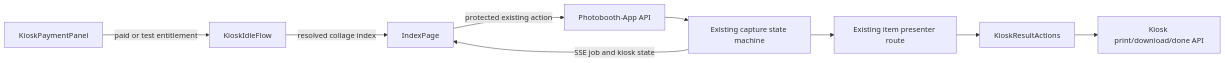
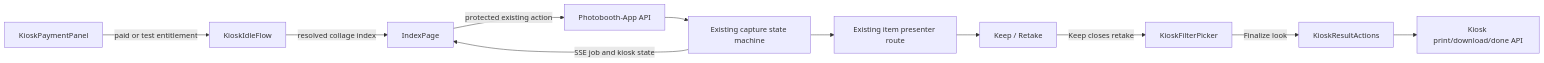
The diagram in DESIGN.md (Gio-Padua/MotifMemories), drawn with Mermaid before and after one commit. The commit also changed other lines of this file and 110 other files, not shown here.

````diff
--- a/DESIGN.md
+++ b/DESIGN.md
@@ -57,11 +59,13 @@
 ```mermaid
 flowchart LR
   PAY["KioskPaymentPanel"] -->|"paid or test entitlement"| IDLE["KioskIdleFlow"]
   IDLE -->|"resolved collage index"| INDEX["IndexPage"]
   INDEX -->|"protected existing action"| API["Photobooth-App API"]
   API --> STATE["Existing capture state machine"]
   STATE -->|"SSE job and kiosk state"| INDEX
   STATE --> RESULT["Existing item presenter route"]
-  RESULT --> ACTIONS["KioskResultActions"]
+  RESULT --> REVIEW["Keep / Retake"]
+  REVIEW -->|"Keep closes retake"| FILTER["KioskFilterPicker"]
+  FILTER -->|"Finalize look"| ACTIONS["KioskResultActions"]
   ACTIONS --> KIOSKAPI["Kiosk print/download/done API"]
 ```
````
